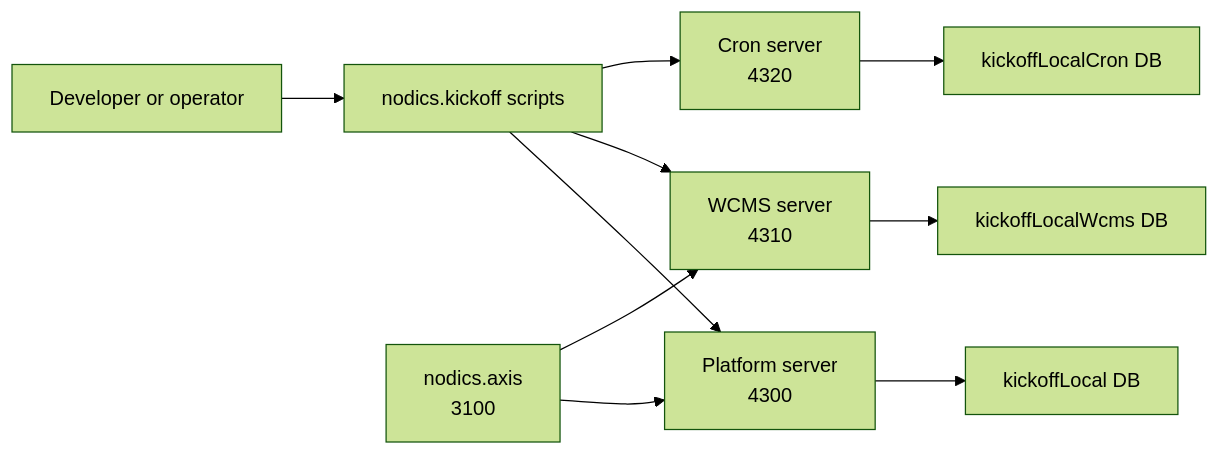
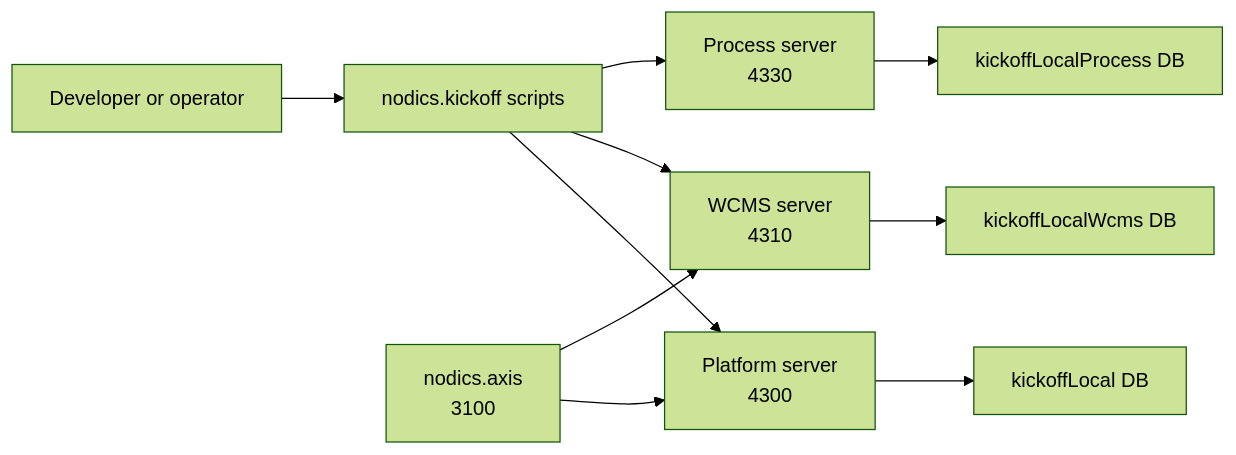
Before and after one commit to Nodics/nodics.ai: the first of 2 diagrams in nodics.docs/docs/pages/framework/devops-runtime.md, drawn with Mermaid (forest theme). The commit also changed other lines of this file and 43 other files, not shown here.

````diff
--- a/nodics.docs/docs/pages/framework/devops-runtime.md
+++ b/nodics.docs/docs/pages/framework/devops-runtime.md
@@ -26,12 +26,12 @@
 ```mermaid
 flowchart LR
   Operator["Developer or operator"] --> Kickoff["nodics.kickoff scripts"]
   Kickoff --> Platform["Platform server<br/>4300"]
   Kickoff --> WCMS["WCMS server<br/>4310"]
-  Kickoff --> Cron["Cron server<br/>4320"]
+  Kickoff --> Process["Process server<br/>4330"]
   Platform --> MongoP["kickoffLocal DB"]
   WCMS --> MongoW["kickoffLocalWcms DB"]
-  Cron --> MongoC["kickoffLocalCron DB"]
+  Process --> MongoC["kickoffLocalProcess DB"]
   Axis["nodics.axis<br/>3100"] --> Platform
   Axis --> WCMS
 ```
````
